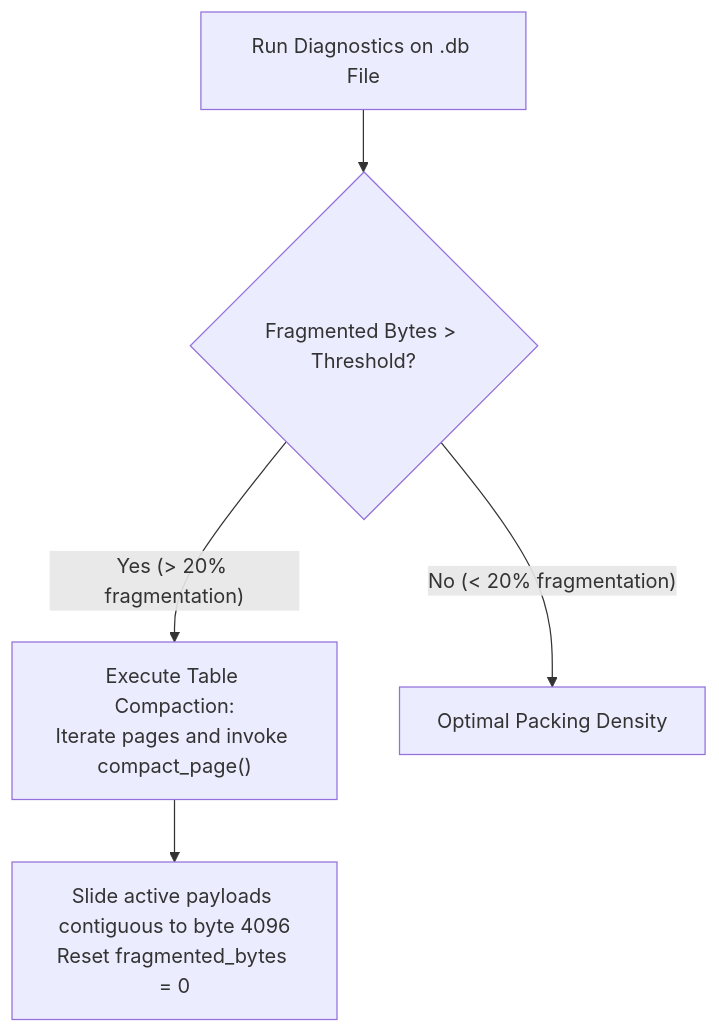
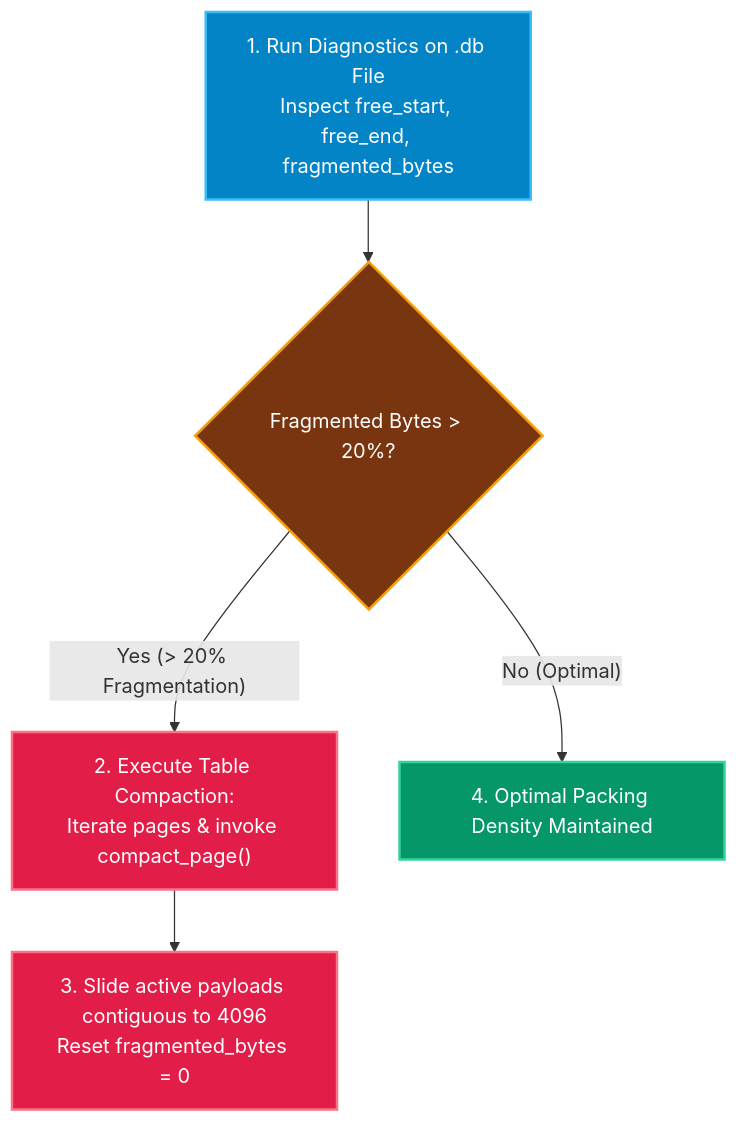
Before and after one commit to KAAZamapiloT/QUARTZ_DB: the diagram in docs/operations.md, drawn with Mermaid. The commit also changed 9 other files, not shown here.

````diff
--- a/docs/operations.md
+++ b/docs/operations.md
@@ -41,7 +41,12 @@
 ```mermaid
 flowchart TD
-    Scan["Run Diagnostics on .db File"] --> CheckFrag{"Fragmented Bytes &gt; Threshold?"}
-    CheckFrag -- "Yes (&gt; 20% fragmentation)" --> Compact["Execute Table Compaction:<br>Iterate pages and invoke compact_page()"]
-    Compact --> Reclaim["Slide active payloads contiguous to byte 4096<br>Reset fragmented_bytes = 0"]
-    CheckFrag -- "No (&lt; 20% fragmentation)" --> OK["Optimal Packing Density"]
+    classDef stepScan fill:#0284c7,stroke:#38bdf8,stroke-width:2px,color:#ffffff;
+    classDef stepCheck fill:#78350f,stroke:#f59e0b,stroke-width:2px,color:#ffffff;
+    classDef stepAct fill:#e11d48,stroke:#fb7185,stroke-width:2px,color:#ffffff;
+    classDef stepOk fill:#059669,stroke:#34d399,stroke-width:2px,color:#ffffff;
+
+    Scan["1. Run Diagnostics on .db File<br>Inspect free_start, free_end, fragmented_bytes"]:::stepScan --> CheckFrag{"Fragmented Bytes &gt; 20%?"}:::stepCheck
+    CheckFrag -- "Yes (&gt; 20% Fragmentation)" --> Compact["2. Execute Table Compaction:<br>Iterate pages &amp; invoke compact_page()"]:::stepAct
+    Compact --> Reclaim["3. Slide active payloads contiguous to 4096<br>Reset fragmented_bytes = 0"]:::stepAct
+    CheckFrag -- "No (Optimal)" --> OK["4. Optimal Packing Density Maintained"]:::stepOk
 ```
````
